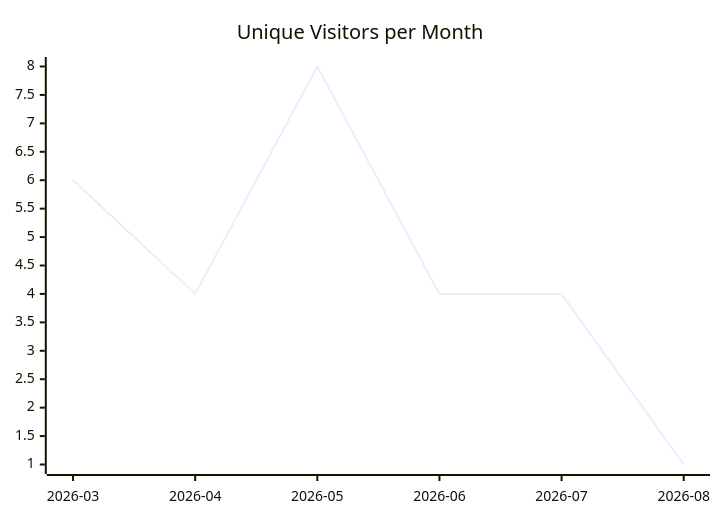
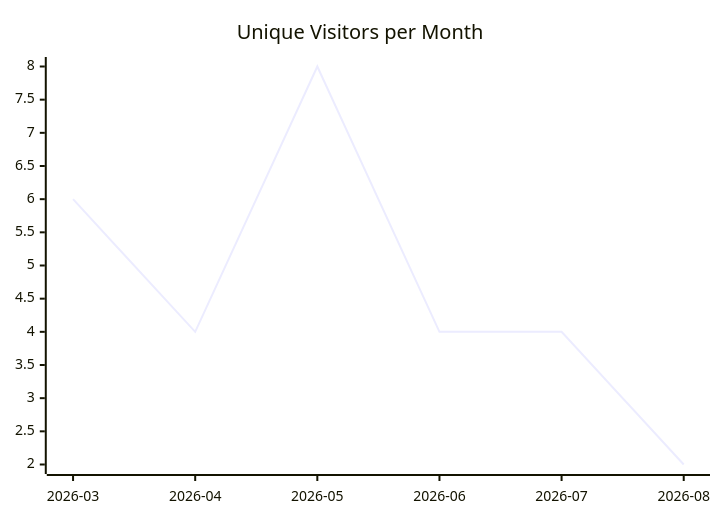
One commit to justdavis-family/github-analytics-data changed the first of 3 diagrams in karlmdavis/xmlpull/README.md. Above: the diagram before and after it, drawn with Mermaid. The commit also changed other lines of this file and 176 other files, not shown here.

````diff
--- a/karlmdavis/xmlpull/README.md
+++ b/karlmdavis/xmlpull/README.md
@@ -5,6 +5,6 @@
 ```mermaid
 xychart-beta
   title "Unique Visitors per Month"
   x-axis ["2026-03", "2026-04", "2026-05", "2026-06", "2026-07", "2026-08"]
-  line [6, 4, 8, 4, 4, 1]
+  line [6, 4, 8, 4, 4, 2]
 ```
````
